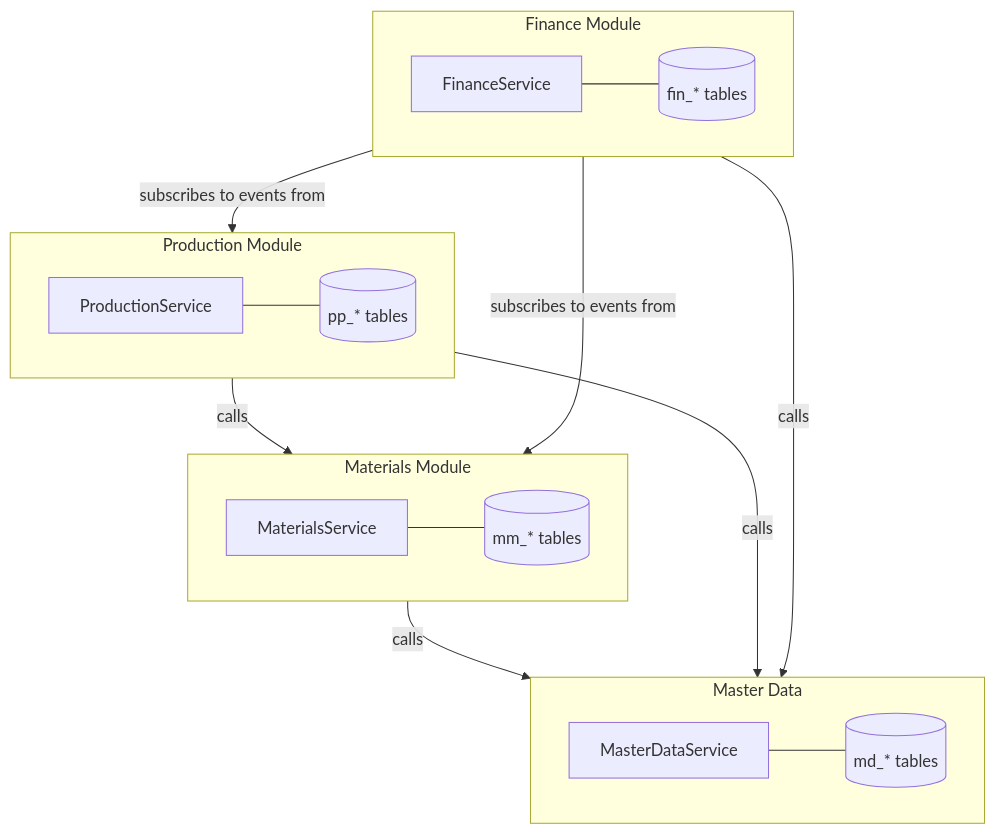
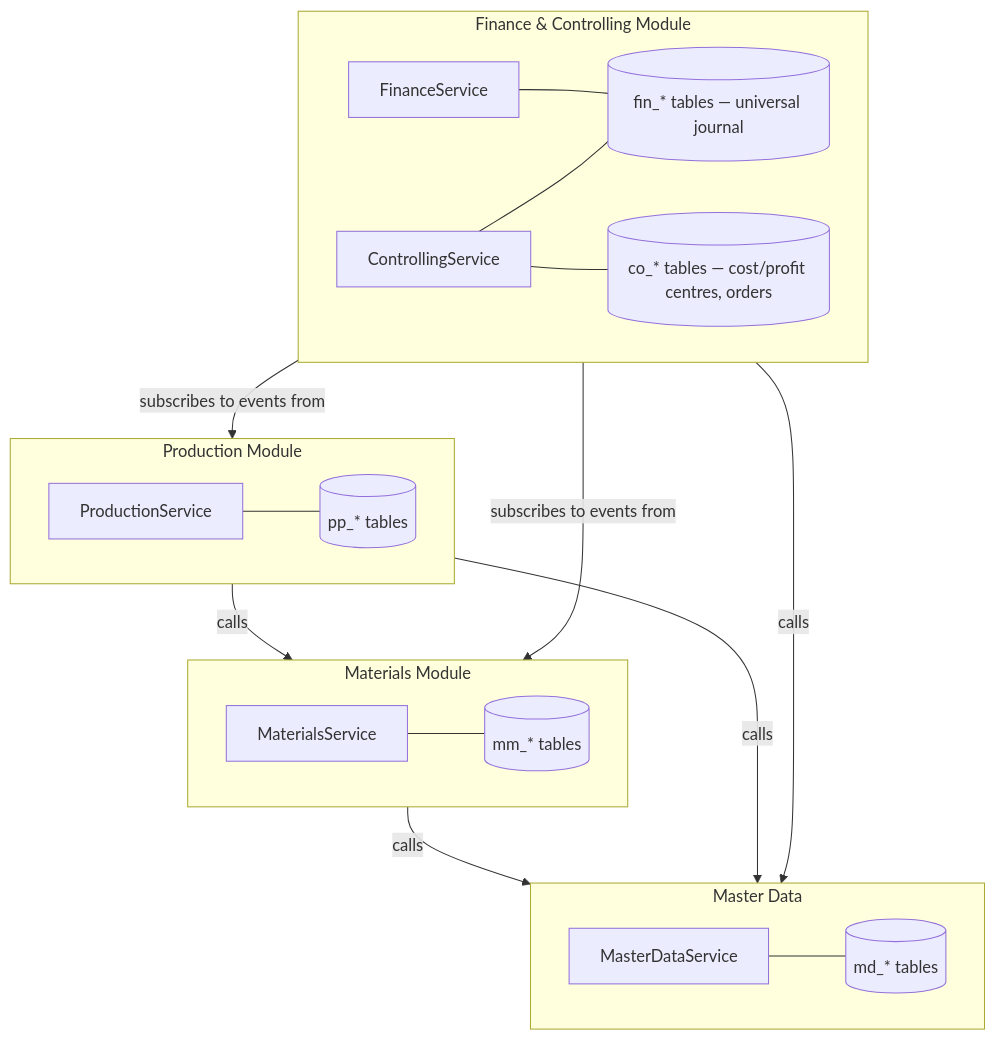
One commit to beyhanmeyrali/OpenSpine changed the fourth of 7 diagrams in ARCHITECTURE.md. Above: the diagram before and after it, drawn with Mermaid. The commit also changed other lines of this file and 18 other files, not shown here.

````diff
--- a/ARCHITECTURE.md
+++ b/ARCHITECTURE.md
@@ -159,33 +159,37 @@
 ```mermaid
 flowchart TB
-    subgraph Finance["Finance Module"]
+    subgraph Finance["Finance & Controlling Module"]
         FS[FinanceService]
-        FT[(fin_* tables)]
+        CS[ControllingService]
+        FT[(fin_* tables — universal journal)]
+        CT[(co_* tables — cost/profit centres, orders)]
         FS --- FT
+        CS --- CT
+        CS --- FT
     end
 
     subgraph Materials["Materials Module"]
         MS[MaterialsService]
         MT[(mm_* tables)]
         MS --- MT
     end
 
     subgraph Production["Production Module"]
         PS[ProductionService]
         PT[(pp_* tables)]
         PS --- PT
     end
 
     subgraph Master["Master Data"]
         MDS[MasterDataService]
         MDT[(md_* tables)]
         MDS --- MDT
     end
 
     Materials -->|calls| Master
     Production -->|calls| Master
     Production -->|calls| Materials
     Finance -->|calls| Master
     Finance -->|subscribes to events from| Materials
     Finance -->|subscribes to events from| Production
 ```
````
